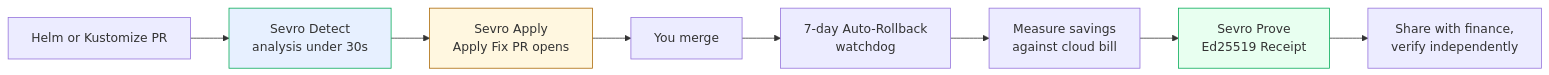
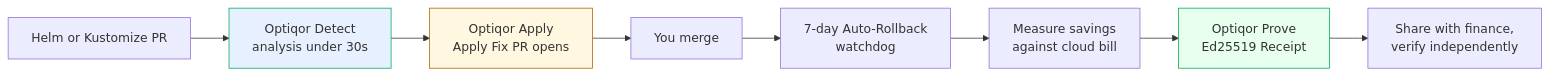
One commit to jonathansiles/optiqor-cli changed the fourth of 4 diagrams in README.md. Above: the diagram before and after it, drawn with Mermaid. The commit also changed other lines of this file and 73 other files, not shown here.

````diff
--- a/README.md
+++ b/README.md
@@ -412,14 +418,14 @@
 ```mermaid
 flowchart LR
-    PR[Helm or Kustomize PR] --> DETECT[Sevro Detect<br/>analysis under 30s]
-    DETECT --> APPLY[Sevro Apply<br/>Apply Fix PR opens]
+    PR[Helm or Kustomize PR] --> DETECT[Optiqor Detect<br/>analysis under 30s]
+    DETECT --> APPLY[Optiqor Apply<br/>Apply Fix PR opens]
     APPLY --> MERGE[You merge]
     MERGE --> WATCH[7-day Auto-Rollback<br/>watchdog]
     WATCH --> MEASURE[Measure savings<br/>against cloud bill]
-    MEASURE --> PROVE[Sevro Prove<br/>Ed25519 Receipt]
+    MEASURE --> PROVE[Optiqor Prove<br/>Ed25519 Receipt]
     PROVE --> SHARE[Share with finance,<br/>verify independently]
 
     style DETECT fill:#e7f0ff,stroke:#0a5
     style APPLY fill:#fff7e0,stroke:#a60
     style PROVE fill:#e8fff0,stroke:#0a5
 ```
````
